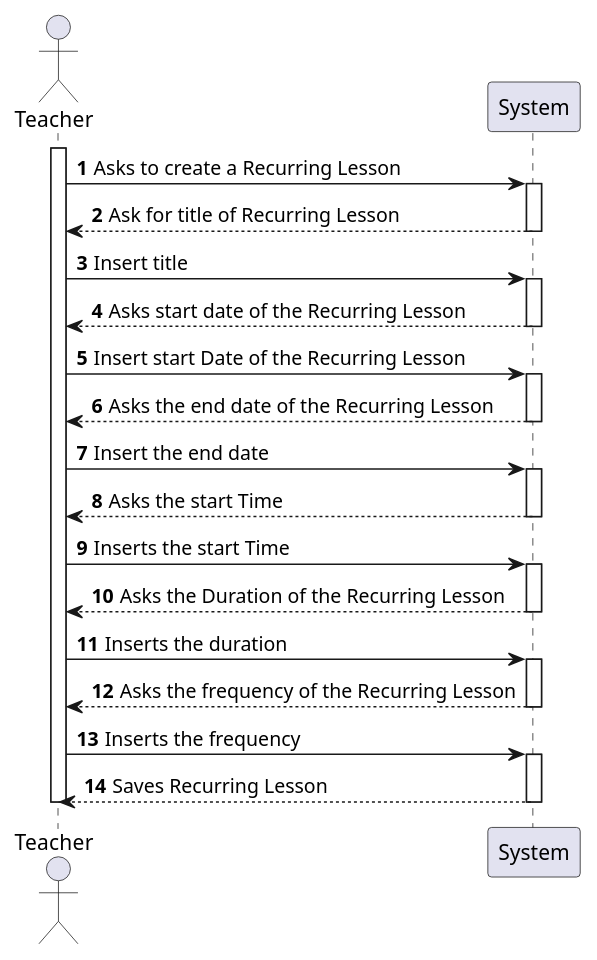
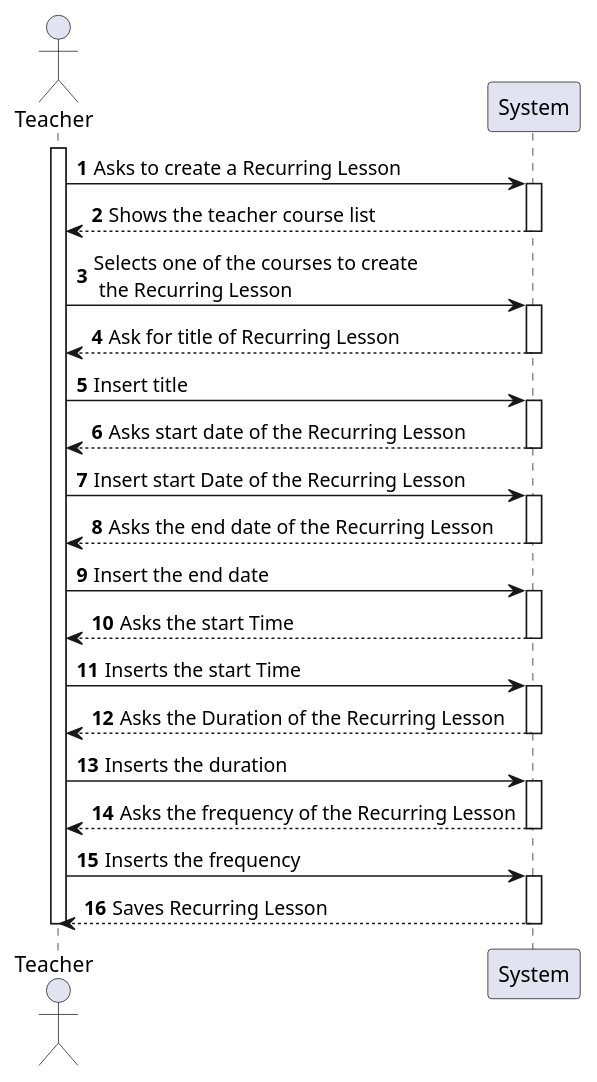
One commit to mascenso/isep-sem4-lapr4 changed the diagram in docs/SPRINT B/US1010 - Schedule Class/US1010-SSD.puml. Above: the diagram before and after it, drawn with PlantUML. The commit also changed 7 other files, not shown here.

```diff
--- a/docs/SPRINT B/US1010 - Schedule Class/US1010-SSD.puml
+++ b/docs/SPRINT B/US1010 - Schedule Class/US1010-SSD.puml
@@ -1,29 +1,31 @@
 @startuml
 autonumber
 
 autoactivate on
 
 actor Teacher
 activate Teacher
 
 
 Teacher -> System: Asks to create a Recurring Lesson
+System --> Teacher: Shows the teacher course list
+Teacher -> System: Selects one of the courses to create\n the Recurring Lesson
 System --> Teacher: Ask for title of Recurring Lesson
 Teacher -> System: Insert title
 System --> Teacher: Asks start date of the Recurring Lesson
 Teacher -> System: Insert start Date of the Recurring Lesson
 System --> Teacher: Asks the end date of the Recurring Lesson
 Teacher -> System: Insert the end date
 System --> Teacher: Asks the start Time
 Teacher -> System: Inserts the start Time
 System --> Teacher: Asks the Duration of the Recurring Lesson
 Teacher -> System: Inserts the duration
 System --> Teacher: Asks the frequency of the Recurring Lesson
 Teacher -> System: Inserts the frequency
 
 System --> Teacher: Saves Recurring Lesson
 
 
 deactivate Teacher
 
 @enduml
```
